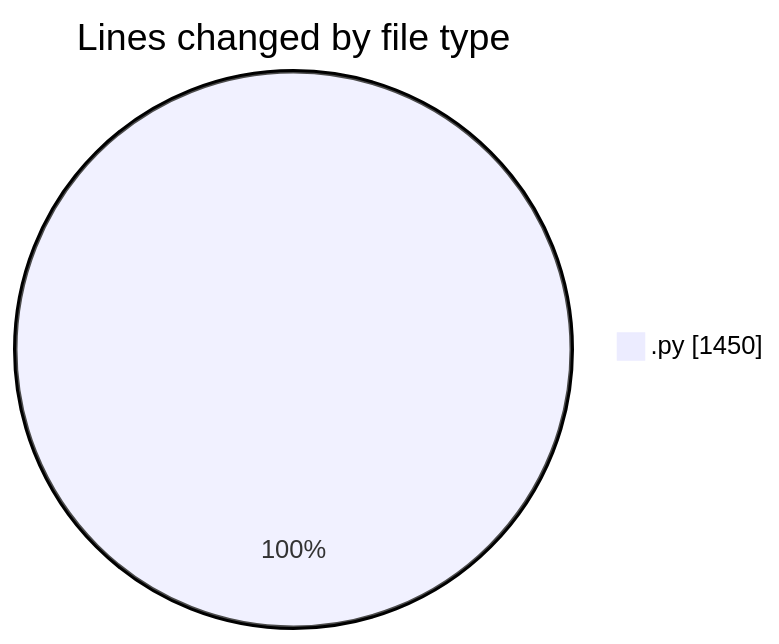
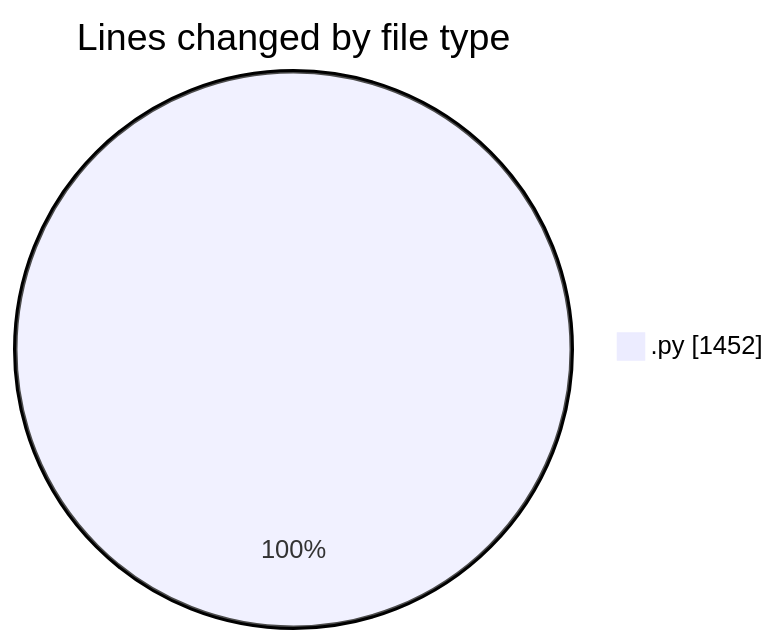
The first of 2 diagrams in 2025-07-03/cursor/README.md (FelipKnott/code-tracking), drawn with Mermaid before and after one commit. The commit also changed other lines of this file and 1 other file, not shown here.

````diff
--- a/2025-07-03/cursor/README.md
+++ b/2025-07-03/cursor/README.md
@@ -27,5 +27,5 @@
 ```mermaid
 pie showData
 title Lines changed by file type
-".py" : 1450
+".py" : 1452
 ```
````
